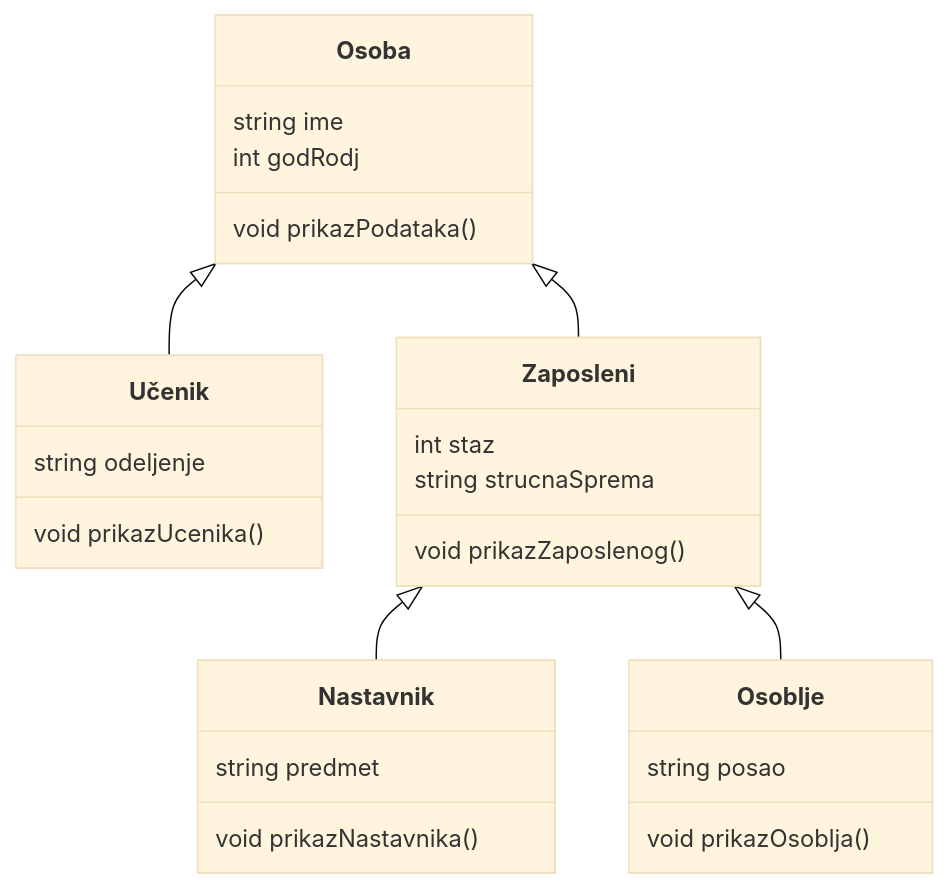
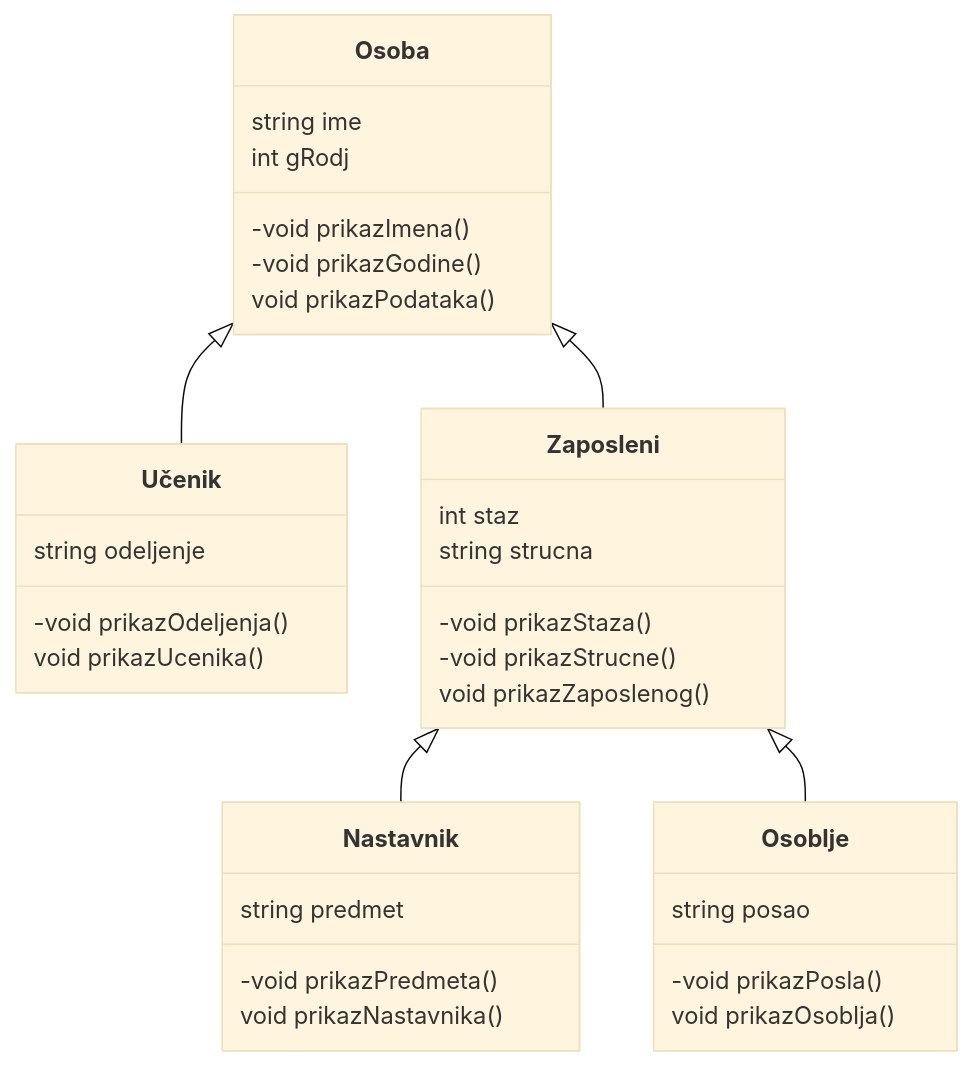
The diagram in source/1_osnovni_koncepti_oop/05_nasledjivanje.md (Petlja/etit3_prog), drawn with Mermaid (base theme) before and after one commit. The commit also changed other lines of this file, not shown here.

```diff
--- a/source/1_osnovni_koncepti_oop/05_nasledjivanje.md
+++ b/source/1_osnovni_koncepti_oop/05_nasledjivanje.md
@@ -78,27 +80,34 @@
 <pre class="mermaid">
     classDiagram
     Osoba <|-- Učenik
     Osoba <|-- Zaposleni
     Zaposleni <| -- Nastavnik
     Zaposleni <| -- Osoblje
     Osoba : string ime
-    Osoba : int godRodj
+    Osoba : int gRodj
+    Osoba : -void prikazImena()
+    Osoba : -void prikazGodine()
     Osoba : void prikazPodataka()
     class Učenik{
         string odeljenje
+        -void prikazOdeljenja()
         void prikazUcenika()
     }
     class Zaposleni{
         int staz
-        string strucnaSprema
+        string strucna
+        -void prikazStaza()
+        -void prikazStrucne()
         void prikazZaposlenog()
     }
     class Nastavnik{
         string predmet
+        -void prikazPredmeta()
         void prikazNastavnika()
     }
     class Osoblje{
         string posao
+        -void prikazPosla()
         void prikazOsoblja()
     }
 </pre>
```
